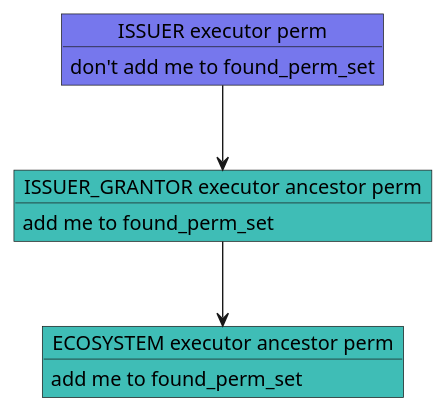
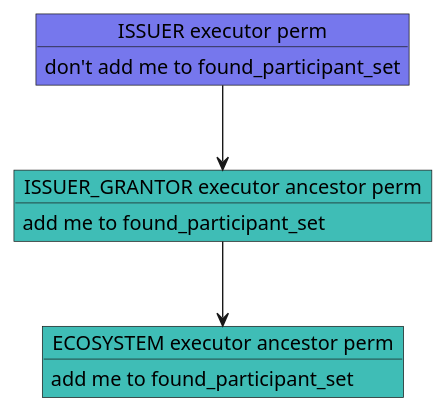
One commit to verana-labs/verifiable-trust-vpr-spec changed diagram 16 of 20 in spec.md. Above: the diagram before and after it, drawn with PlantUML. The commit also changed other lines of this file, not shown here.

First line of the commit message:
refactor(spec): rename _perm/_perm_id variables to _participant/_participant_id

````diff
--- a/spec.md
+++ b/spec.md
@@ -4561,19 +4561,19 @@
 ```plantuml
 
 @startuml
 scale max 800 width
 object "ECOSYSTEM executor ancestor perm" as tr #3fbdb6 {
-  add me to found_perm_set
+  add me to found_participant_set
 }
 object "ISSUER_GRANTOR executor ancestor perm" as ig #3fbdb6 {
-  add me to found_perm_set
+  add me to found_participant_set
 }
 object "ISSUER executor perm" as i #7677ed {
-  don't add me to found_perm_set
+  don't add me to found_participant_set
 }
 
 ig --> tr
 i --> ig 
 @enduml
 
 ```
````
